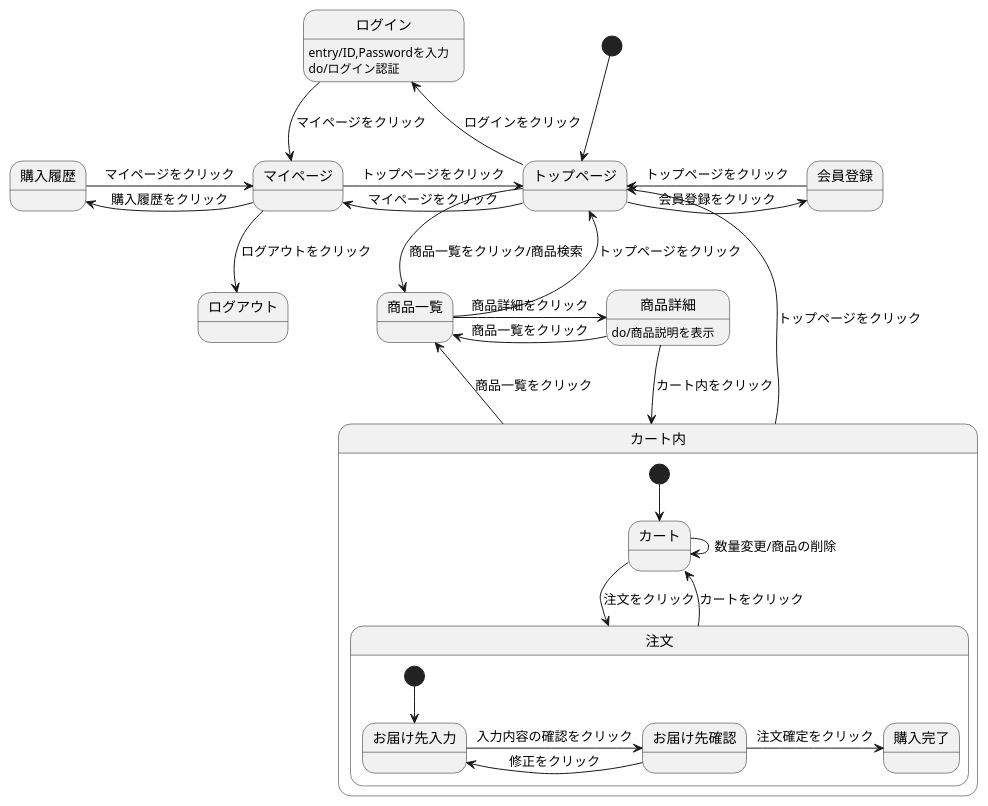
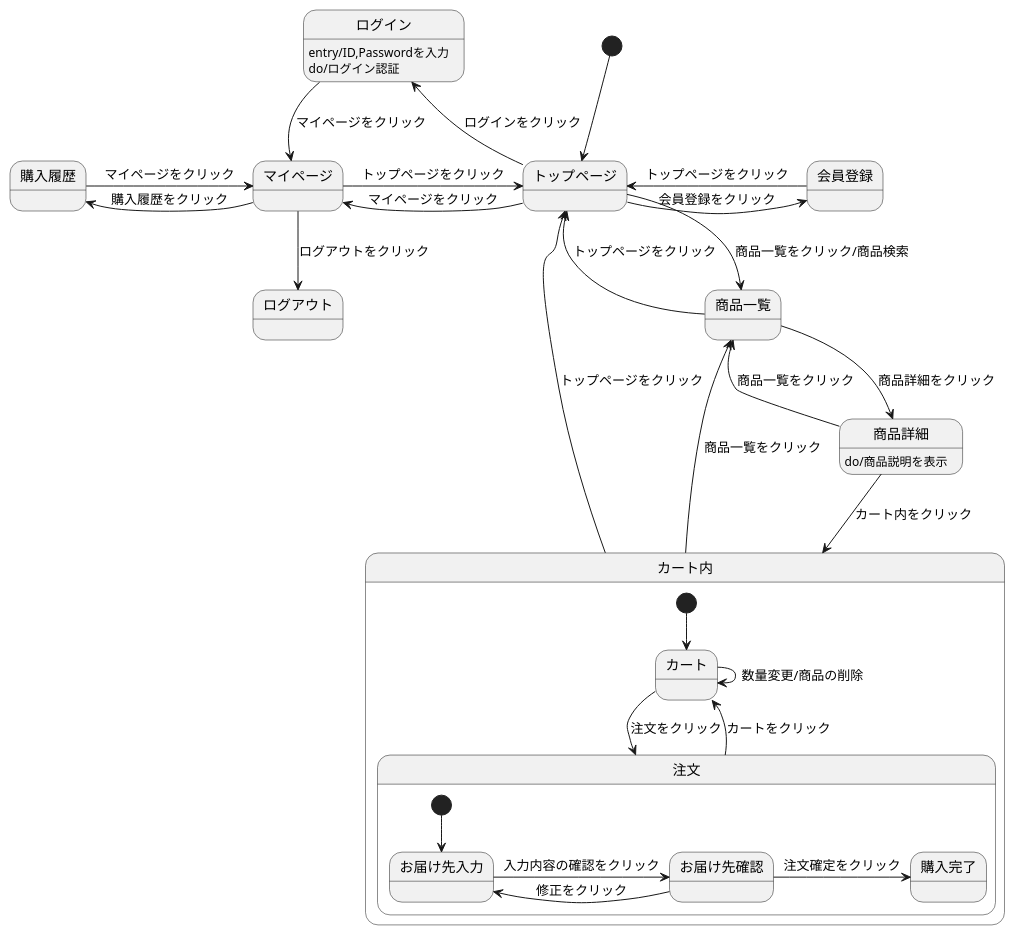
The diagram in stm01.md (Aso2001163/2021sys-design-2), drawn with PlantUML before and after one commit.

````diff
--- a/stm01.md
+++ b/stm01.md
@@ -1,37 +1,37 @@
 ```uml
 @startuml
 [*] --> トップページ
 トップページ -> 会員登録 : 会員登録をクリック
 会員登録 -> トップページ : トップページをクリック
 トップページ -left-> マイページ : マイページをクリック
 トップページ -left-> ログイン : ログインをクリック
 ログイン -down-> マイページ : マイページをクリック
 ログイン:entry/ID,Passwordを入力
 ログイン:do/ログイン認証
 マイページ -> トップページ : トップページをクリック
 マイページ -down-> ログアウト : ログアウトをクリック
 マイページ -left-> 購入履歴 : 購入履歴をクリック
 購入履歴 -> マイページ : マイページをクリック
 トップページ --> 商品一覧 : 商品一覧をクリック/商品検索
 商品一覧 -> トップページ : トップページをクリック
 商品一覧 -> 商品詳細 : 商品詳細をクリック  
 商品詳細:do/商品説明を表示
-商品詳細 -up> 商品一覧 : 商品一覧をクリック
+商品詳細 -down-> 商品一覧 : 商品一覧をクリック
 商品詳細 -down-> カート内 : カート内をクリック
 カート内 -> 商品一覧 : 商品一覧をクリック
 カート内 -up-> トップページ : トップページをクリック
 
 state カート内 {
   [*] --> カート
   カート -down-> 注文 : 注文をクリック
   カート -> カート : 数量変更/商品の削除
   注文 -down-> カート : カートをクリック
   state 注文 {
     [*] --> お届け先入力
     お届け先入力 -> お届け先確認 : 入力内容の確認をクリック
     お届け先確認 -> お届け先入力 : 修正をクリック
     お届け先確認 -> 購入完了 : 注文確定をクリック
     }
  }
 @enduml
 ```
````
